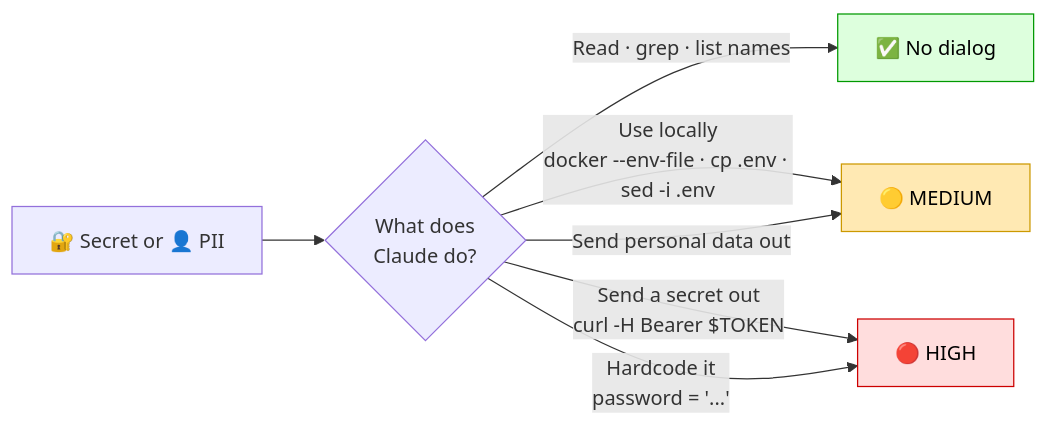
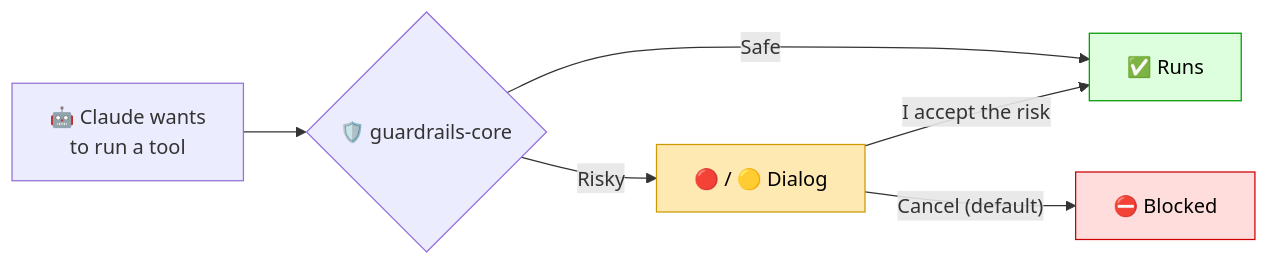
One commit to iter-vakeel/claude-guardrails changed the diagram in README.md. Above: the diagram before and after it, drawn with Mermaid. The commit also changed other lines of this file, not shown here.

````diff
--- a/README.md
+++ b/README.md
@@ -82,13 +12,12 @@
 ```mermaid
 flowchart LR
-    S["🔐 Secret or 👤 PII"] --> Q1{"What does<br/>Claude do?"}
-    Q1 -->|"Read · grep · list names"| G["✅ No dialog"]
-    Q1 -->|"Use locally<br/>docker --env-file · cp .env · sed -i .env"| M["🟡 MEDIUM"]
-    Q1 -->|"Send personal data out"| M
-    Q1 -->|"Send a secret out<br/>curl -H Bearer $TOKEN"| H["🔴 HIGH"]
-    Q1 -->|"Hardcode it<br/>password = '...'"| H
+    A["🤖 Claude wants<br/>to run a tool"] --> H{"🛡️ guardrails-core"}
+    H -->|"Safe"| OK["✅ Runs"]
+    H -->|"Risky"| D["🔴 / 🟡 Dialog"]
+    D -->|"Cancel (default)"| X["⛔ Blocked"]
+    D -->|"I accept the risk"| OK
 
-    style G fill:#dfd,stroke:#090,color:#000
-    style M fill:#ffe9b3,stroke:#c90,color:#000
-    style H fill:#fdd,stroke:#c00,color:#000
+    style OK fill:#dfd,stroke:#090,color:#000
+    style D fill:#ffe9b3,stroke:#c90,color:#000
+    style X fill:#fdd,stroke:#c00,color:#000
 ```
````
